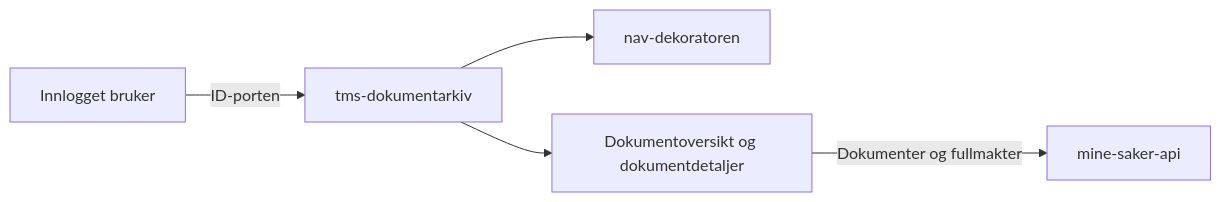
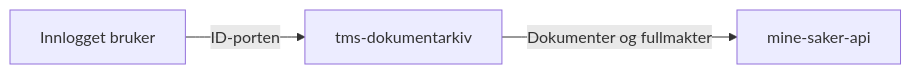
The diagram in README.md (navikt/tms-dokumentarkiv-to), drawn with Mermaid before and after one commit.

Commit message:
Update architecture diagram (#144)

````diff
--- a/README.md
+++ b/README.md
@@ -20,7 +20,5 @@
 ```mermaid
 flowchart LR
     bruker["Innlogget bruker"] -->|"ID-porten"| app["tms-dokumentarkiv"]
-    app --> dekorator["nav-dekoratoren"]
-    app --> ui["Dokumentoversikt og dokumentdetaljer"]
-    ui -->|"Dokumenter og fullmakter"| api["mine-saker-api"]
+    app -->|"Dokumenter og fullmakter"| api["mine-saker-api"]
 ```
````
